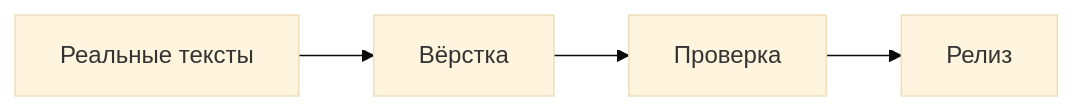
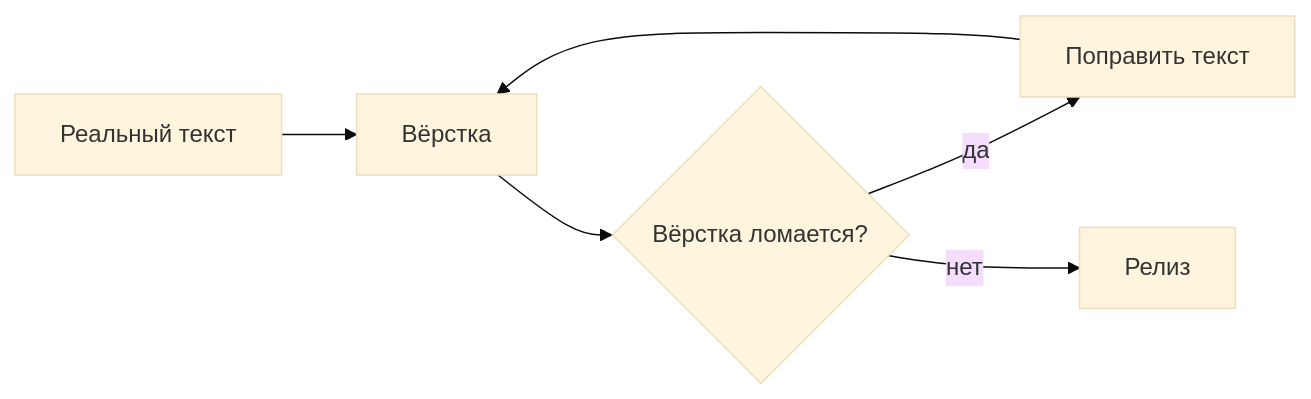
One commit to Vectorfield4/login-ai changed the diagram in src/shared/assets/diagrams/corporate-websites.live-copy.ru.mmd. Above: the diagram before and after it, drawn with Mermaid (base theme). The commit also changed 602 other files, not shown here.

Commit message:
diagrams: rework all 100 schemas (state/sequence/er + subgraph)

```diff
--- a/src/shared/assets/diagrams/corporate-websites.live-copy.ru.mmd
+++ b/src/shared/assets/diagrams/corporate-websites.live-copy.ru.mmd
@@ -1,8 +1,6 @@
 flowchart LR
-  a["Реальные тексты"]
-  b["Вёрстка"]
-  c["Проверка"]
-  d["Релиз"]
-  a --> b
-  b --> c
-  c --> d
+  a["Реальный текст"] --> b["Вёрстка"]
+  b --> c{"Вёрстка ломается?"}
+  c -->|да| d["Поправить текст"]
+  c -->|нет| e["Релиз"]
+  d --> b
```
